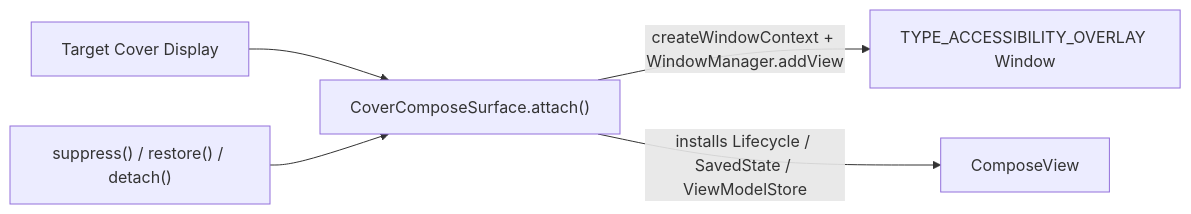
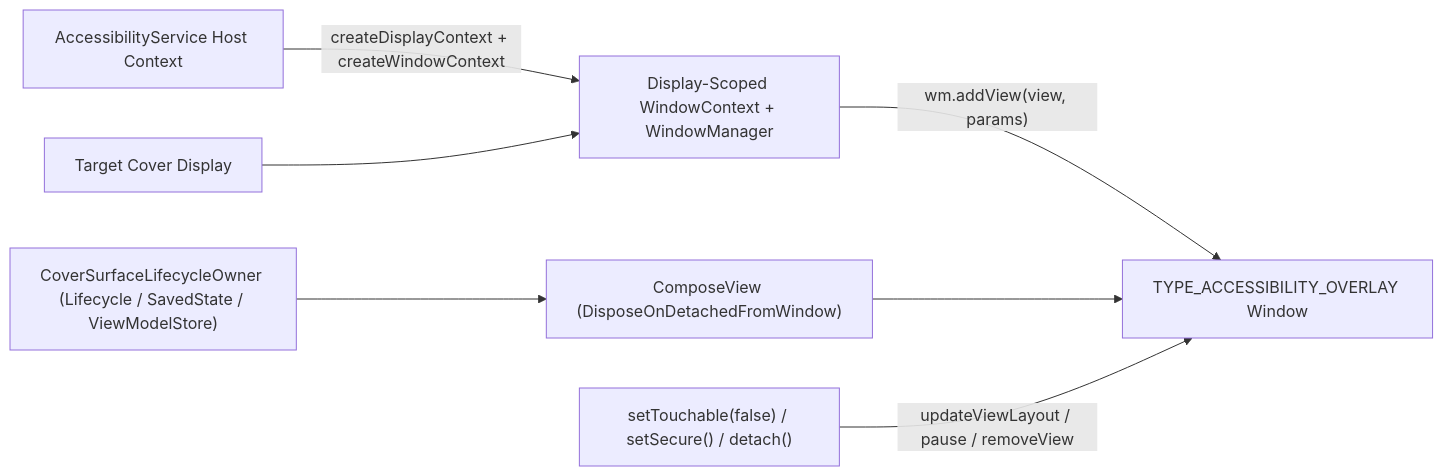
One commit to tyejaedon/Cover-Screen-OS changed the diagram in app/src/main/java/com/tyejaedon/coverscreenos/overlay/surface/README.md. Above: the diagram before and after it, drawn with Mermaid. The commit also changed other lines of this file and 157 other files, not shown here.

````diff
--- a/app/src/main/java/com/tyejaedon/coverscreenos/overlay/surface/README.md
+++ b/app/src/main/java/com/tyejaedon/coverscreenos/overlay/surface/README.md
@@ -13,7 +51,9 @@
 ```mermaid
 flowchart LR
-    Display["Target Cover Display"] --> Surface["CoverComposeSurface.attach()"]
-    Surface -->|"createWindowContext + WindowManager.addView"| Win["TYPE_ACCESSIBILITY_OVERLAY Window"]
-    Surface -->|"installs Lifecycle / SavedState / ViewModelStore"| Compose["ComposeView"]
-    Control["suppress() / restore() / detach()"] --> Surface
+    Host["AccessibilityService Host Context"] -->|"createDisplayContext + createWindowContext"| WinCtx["Display-Scoped WindowContext + WindowManager"]
+    Display["Target Cover Display"] --> WinCtx
+    Owner["CoverSurfaceLifecycleOwner (Lifecycle / SavedState / ViewModelStore)"] --> Compose["ComposeView (DisposeOnDetachedFromWindow)"]
+    WinCtx -->|"wm.addView(view, params)"| Window["TYPE_ACCESSIBILITY_OVERLAY Window"]
+    Compose --> Window
+    Sup["setTouchable(false) / setSecure() / detach()"] -->|"updateViewLayout / pause / removeView"| Window
 ```
````
